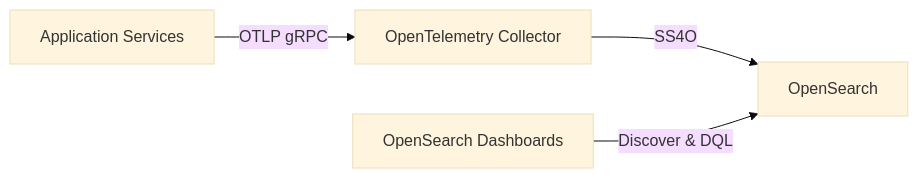
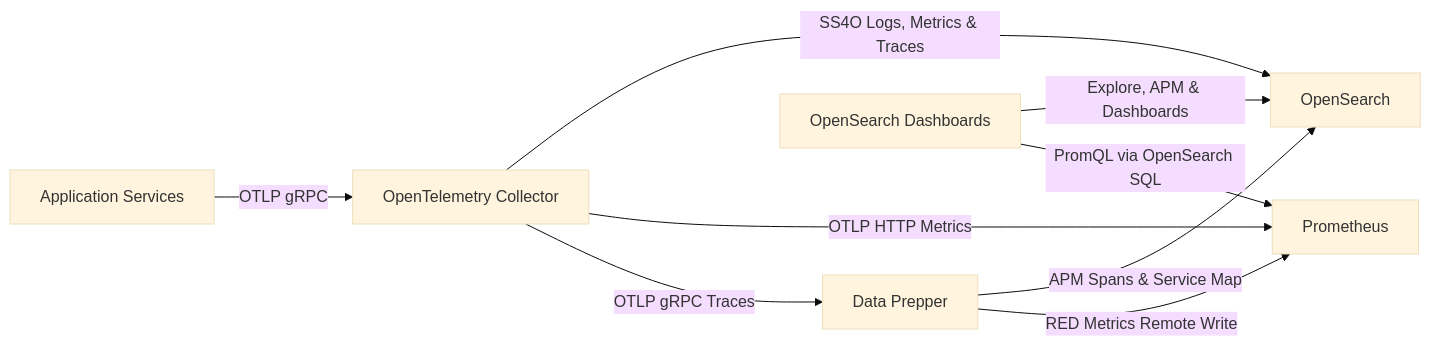
The first of 2 diagrams in docs/guides/observability-stack.md (PawelBalcerek/observe-it), drawn with Mermaid (base theme) before and after one commit. The commit also changed other lines of this file and 13 other files, not shown here.

````diff
--- a/docs/guides/observability-stack.md
+++ b/docs/guides/observability-stack.md
@@ -9,6 +9,11 @@
 ```mermaid
 flowchart LR
   AS["Application Services"] -->|"OTLP gRPC"| OC["OpenTelemetry Collector"]
-  OC -->|"SS4O"| OS["OpenSearch"]
-  OSD["OpenSearch Dashboards"] -->|"Discover & DQL"| OS
+  OC -->|"SS4O Logs, Metrics & Traces"| OS["OpenSearch"]
+  OC -->|"OTLP HTTP Metrics"| PROM["Prometheus"]
+  OC -->|"OTLP gRPC Traces"| DP["Data Prepper"]
+  DP -->|"APM Spans & Service Map"| OS
+  DP -->|"RED Metrics Remote Write"| PROM
+  OSD["OpenSearch Dashboards"] -->|"Explore, APM & Dashboards"| OS
+  OSD -->|"PromQL via OpenSearch SQL"| PROM
 ```
````
